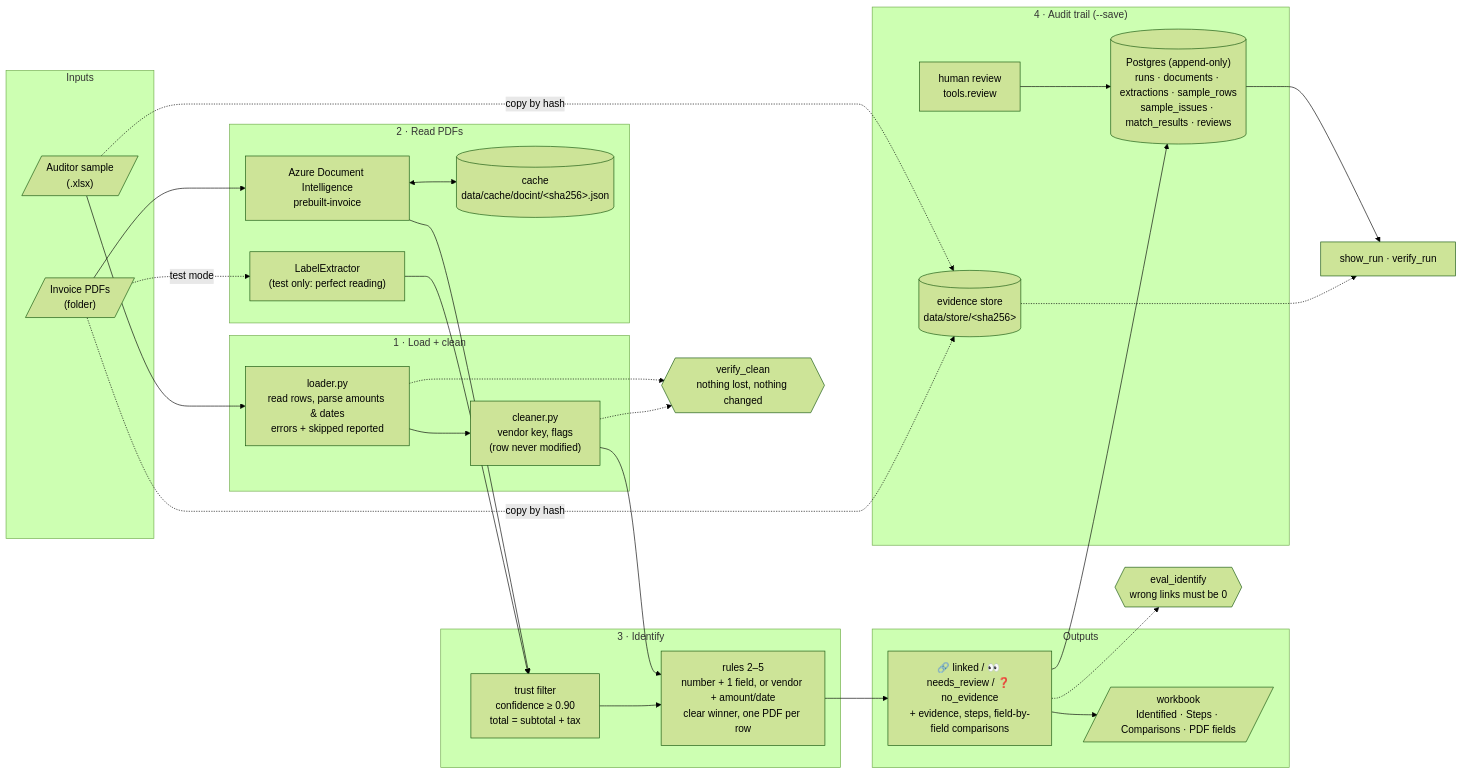
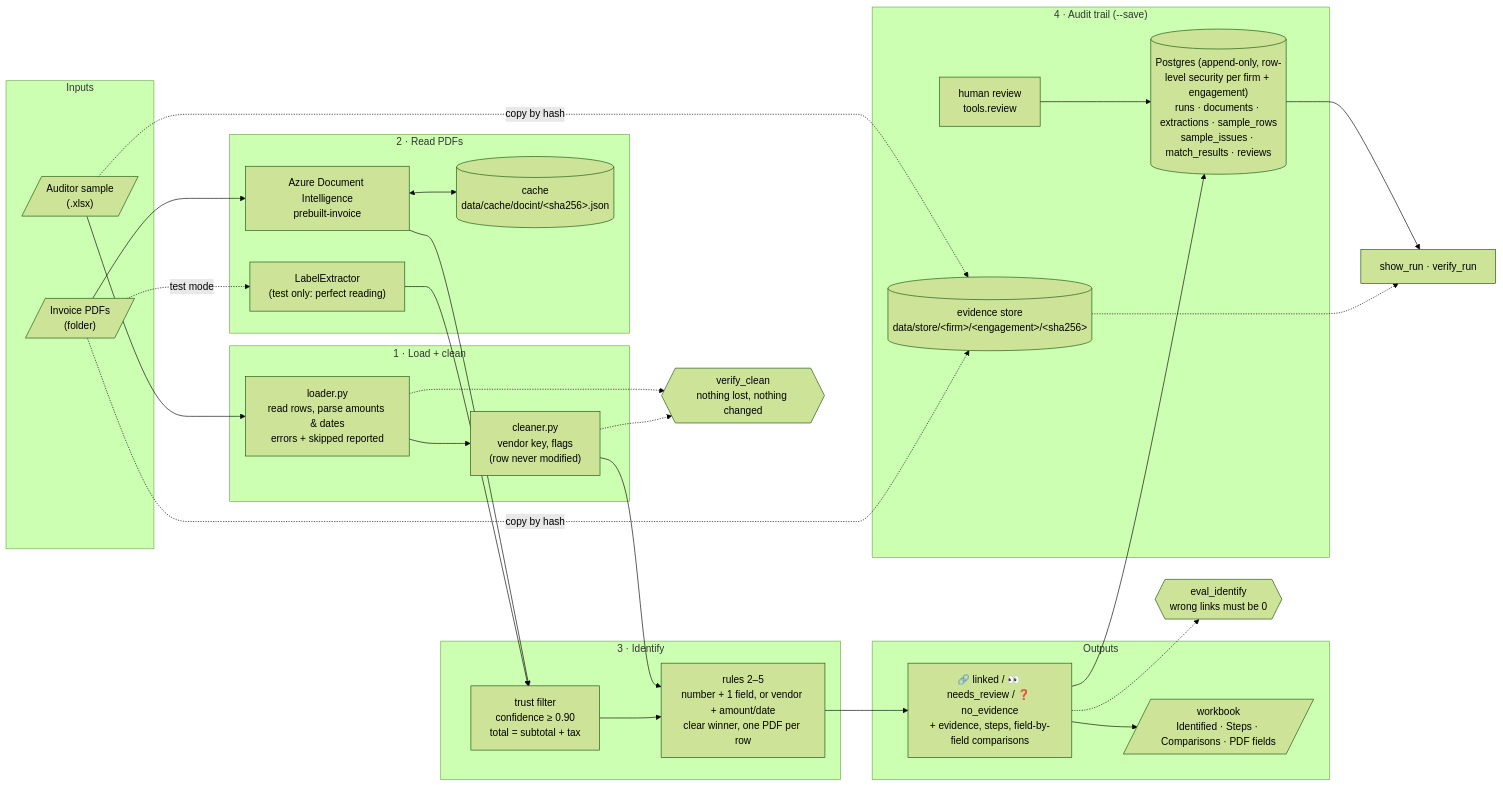
Before and after one commit to musishere/Warden-tickmark: the diagram in tickmark/docs/PROGRESS.md, drawn with Mermaid (forest theme). The commit also changed other lines of this file and 25 other files, not shown here.

````diff
--- a/tickmark/docs/PROGRESS.md
+++ b/tickmark/docs/PROGRESS.md
@@ -8,53 +8,53 @@
 ```mermaid
 flowchart LR
     subgraph IN["Inputs"]
         X[/"Auditor sample<br/>(.xlsx)"/]
         P[/"Invoice PDFs<br/>(folder)"/]
     end
 
     subgraph S1["1 · Load + clean"]
         L["loader.py<br/>read rows, parse amounts & dates<br/>errors + skipped reported"]
         C["cleaner.py<br/>vendor key, flags<br/>(row never modified)"]
     end
 
     subgraph S2["2 · Read PDFs"]
         A["Azure Document Intelligence<br/>prebuilt-invoice"]
         K[("cache<br/>data/cache/docint/&lt;sha256&gt;.json")]
         F["LabelExtractor<br/>(test only: perfect reading)"]
     end
 
     subgraph S3["3 · Identify"]
         T["trust filter<br/>confidence ≥ 0.90<br/>total = subtotal + tax"]
         M["rules 2–5<br/>number + 1 field, or vendor + amount/date<br/>clear winner, one PDF per row"]
     end
 
     subgraph OUT["Outputs"]
         R["🔗 linked / 👀 needs_review / ❓ no_evidence<br/>+ evidence, steps, field-by-field comparisons"]
         W[/"workbook<br/>Identified · Steps · Comparisons · PDF fields"/]
     end
 
     subgraph S4["4 · Audit trail (--save)"]
-        DB[("Postgres (append-only)<br/>runs · documents · extractions · sample_rows<br/>sample_issues · match_results · reviews")]
-        ES[("evidence store<br/>data/store/&lt;sha256&gt;")]
+        DB[("Postgres (append-only, row-level security per firm + engagement)<br/>runs · documents · extractions · sample_rows<br/>sample_issues · match_results · reviews")]
+        ES[("evidence store<br/>data/store/&lt;firm&gt;/&lt;engagement&gt;/&lt;sha256&gt;")]
         H["human review<br/>tools.review"]
     end
 
     X --> L --> C --> M
     P --> A <--> K
     P -. test mode .-> F
     A --> T
     F --> T
     T --> M --> R --> W
     R --> DB
     X -. copy by hash .-> ES
     P -. copy by hash .-> ES
     H --> DB
     DB --> SR["show_run · verify_run"]
     ES -.-> SR
 
     V{{"verify_clean<br/>nothing lost, nothing changed"}}
     E{{"eval_identify<br/>wrong links must be 0"}}
     L -.-> V
     C -.-> V
     R -.-> E
 ```
````
